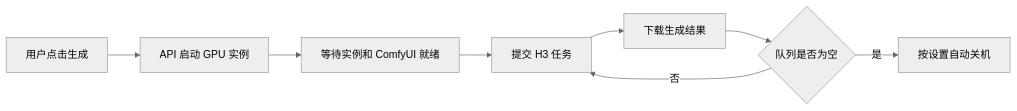
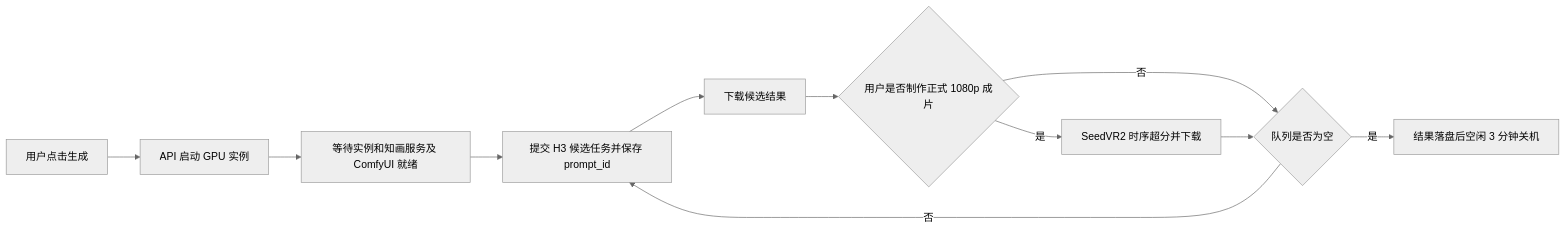
One commit to woniu101/zhihua changed the third of 5 diagrams in MVP.md. Above: the diagram before and after it, drawn with Mermaid (neutral theme). The commit also changed other lines of this file and 71 other files, not shown here.

````diff
--- a/MVP.md
+++ b/MVP.md
@@ -204,10 +230,13 @@
 ```mermaid
 flowchart LR
     A[用户点击生成] --> B[API 启动 GPU 实例]
-    B --> C[等待实例和 ComfyUI 就绪]
-    C --> D[提交 H3 任务]
-    D --> E[下载生成结果]
-    E --> F{队列是否为空}
-    F -- 否 --> D
-    F -- 是 --> G[按设置自动关机]
+    B --> C[等待实例和知画服务及 ComfyUI 就绪]
+    C --> D[提交 H3 候选任务并保存 prompt_id]
+    D --> E[下载候选结果]
+    E --> F{用户是否制作正式 1080p 成片}
+    F -- 是 --> G[SeedVR2 时序超分并下载]
+    F -- 否 --> H{队列是否为空}
+    G --> H
+    H -- 否 --> D
+    H -- 是 --> I[结果落盘后空闲 3 分钟关机]
 ```
````
